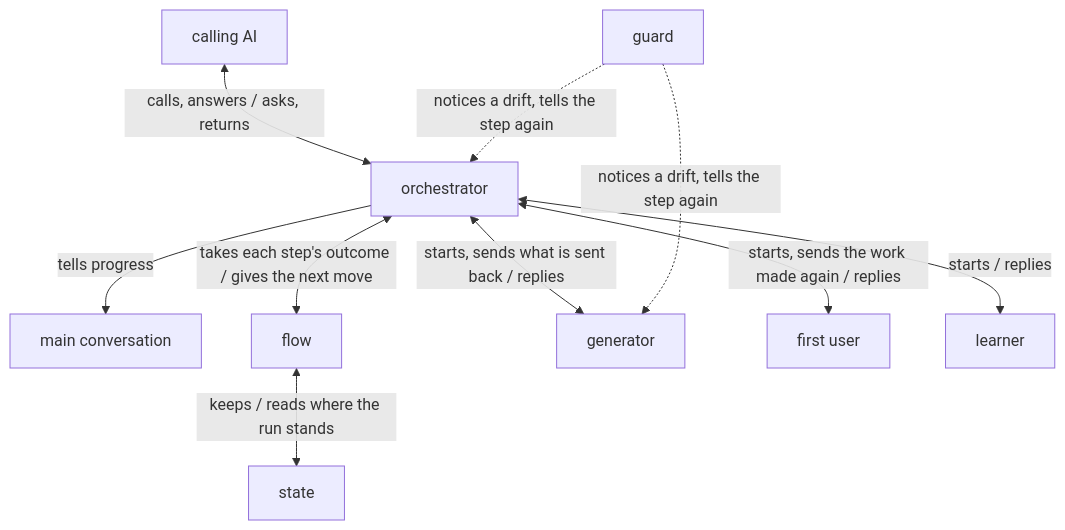
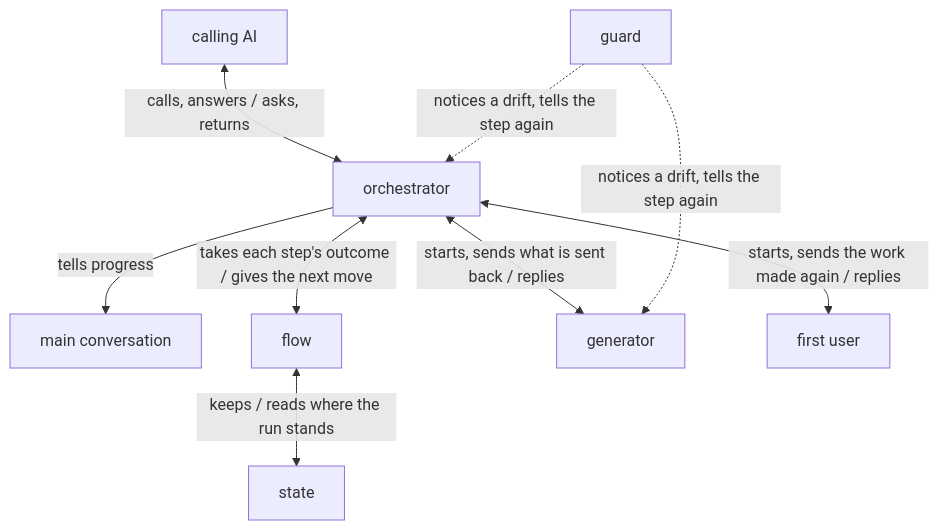
One commit to lovaizu/ccpm changed the diagram in dev/turn/architecture.md. Above: the diagram before and after it, drawn with Mermaid. The commit also changed other lines of this file and 6 other files, not shown here.

````diff
--- a/dev/turn/architecture.md
+++ b/dev/turn/architecture.md
@@ -41,21 +41,19 @@
 ```mermaid
 flowchart TB
   caller["calling AI"]
   main["main conversation"]
   orch["orchestrator"]
   flow["flow"]
   state["state"]
   gen["generator"]
   fu["first user"]
-  le["learner"]
   guard["guard"]
   caller <-->|calls, answers / asks, returns| orch
   orch -->|tells progress| main
   orch <-->|takes each step's outcome / gives the next move| flow
   flow <-->|keeps / reads where the run stands| state
   orch <-->|starts, sends what is sent back / replies| gen
   orch <-->|starts, sends the work made again / replies| fu
-  orch <-->|starts / replies| le
   guard -.->|notices a drift, tells the step again| orch
   guard -.->|notices a drift, tells the step again| gen
 ```
````
